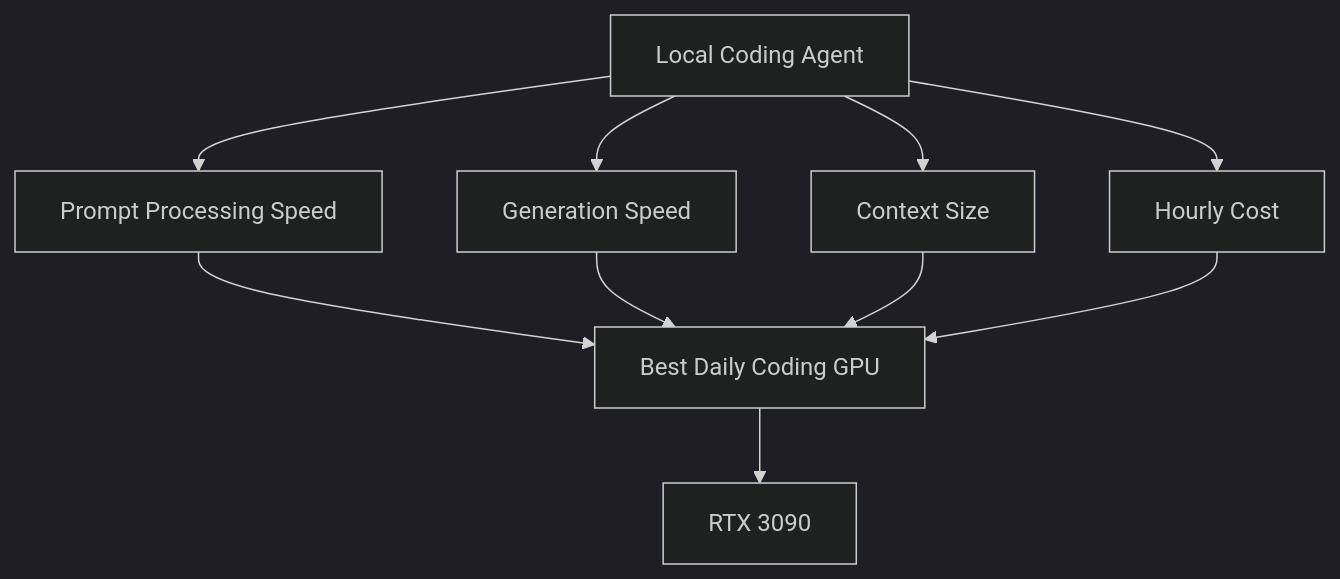
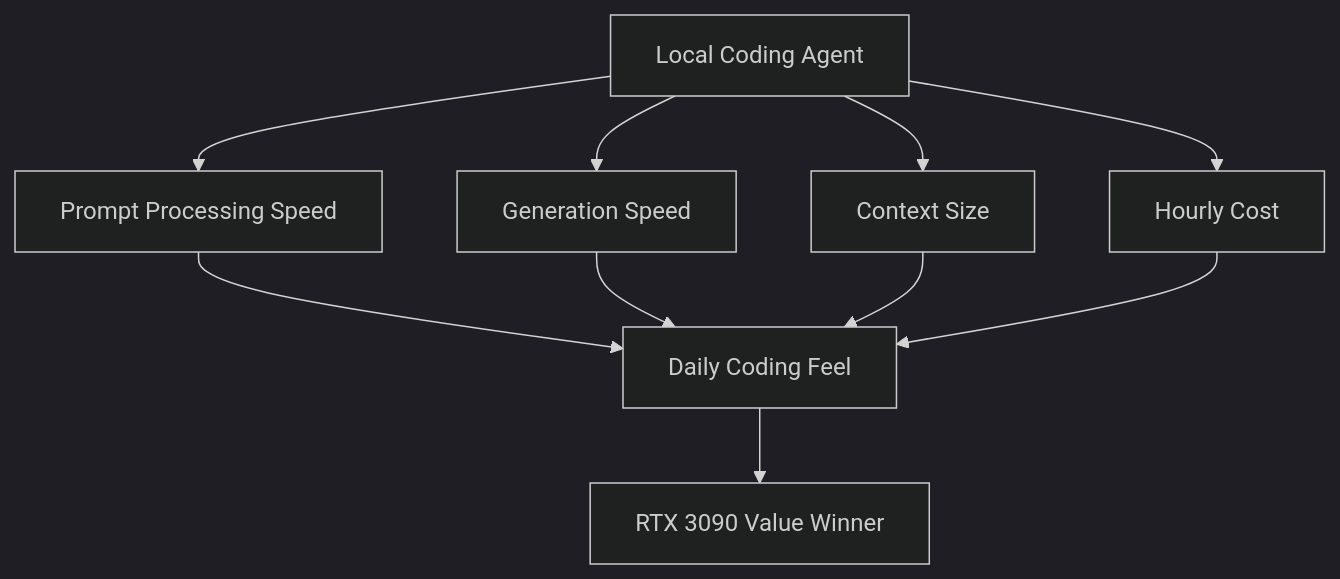
Before and after one commit to Pukujan/private-study-log: the diagram in Projects/vastai/3090 vs rtx 8000 - processing speed.md, drawn with Mermaid (dark theme). The commit also changed other lines of this file, not shown here.

Commit message:
Update 3090 vs rtx 8000 - processing speed.md

````diff
--- a/Projects/vastai/3090 vs rtx 8000 - processing speed.md
+++ b/Projects/vastai/3090 vs rtx 8000 - processing speed.md
@@ -29,12 +51,12 @@
 ```mermaid
 flowchart TB
     A[Local Coding Agent] --> B[Prompt Processing Speed]
     A --> C[Generation Speed]
     A --> D[Context Size]
     A --> E[Hourly Cost]
-    B --> F[Best Daily Coding GPU]
+    B --> F[Daily Coding Feel]
     C --> F
     D --> F
     E --> F
-    F --> G[RTX 3090]
+    F --> G[RTX 3090 Value Winner]
 ```
````
